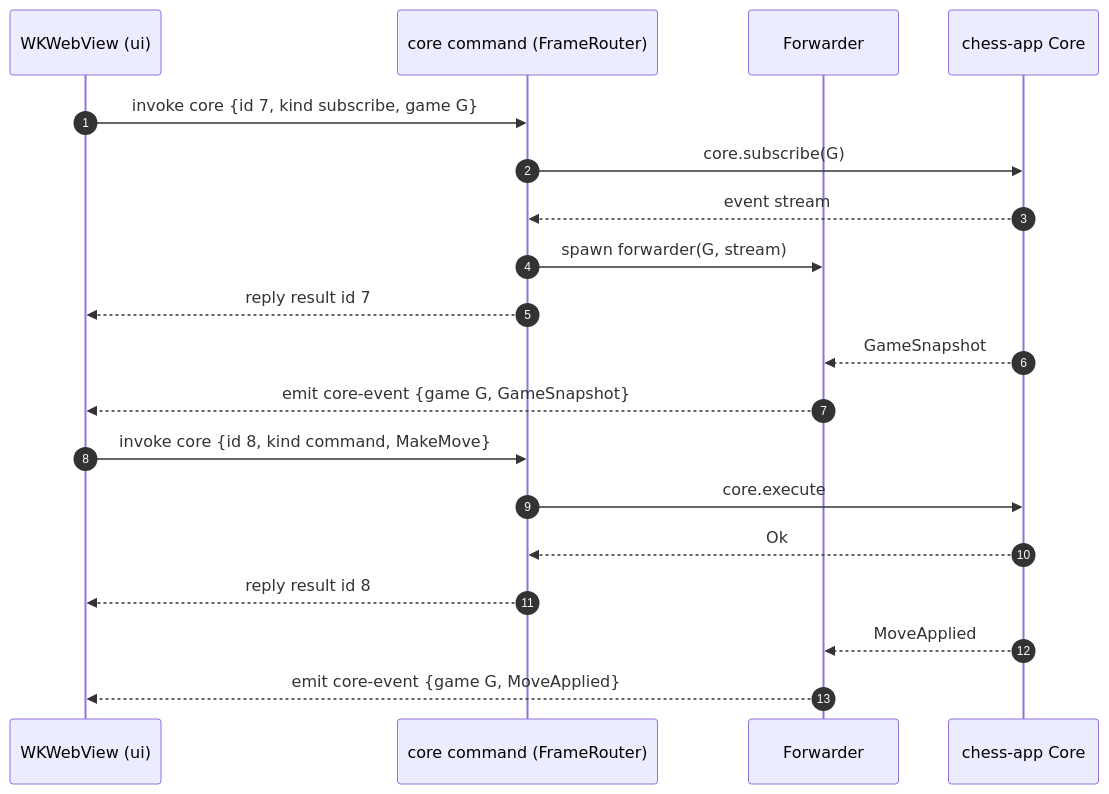
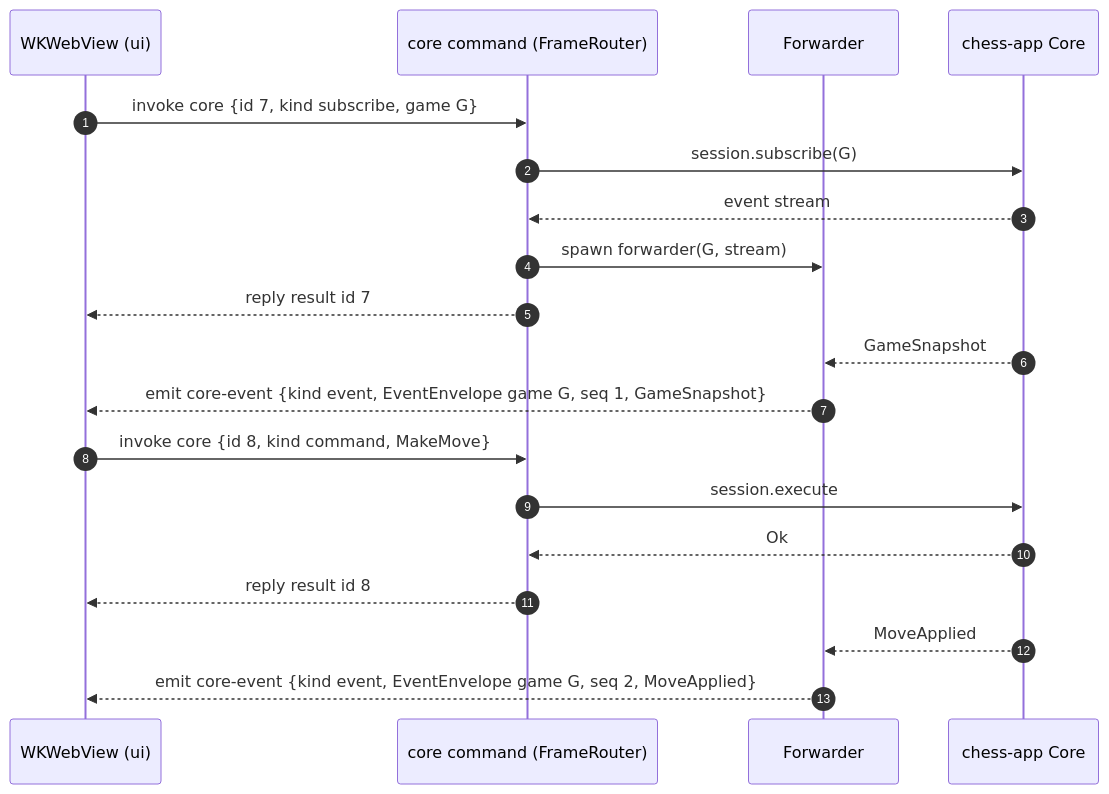
One commit to bprascher/chess changed the fourth of 6 diagrams in docs/design/SDD-desktop-tauri.md. Above: the diagram before and after it, drawn with Mermaid. The commit also changed other lines of this file and 17 other files, not shown here.

First line of the commit message:
Apply architecture addendum B and C to the SDDs and add the v0.4 consistency pass

````diff
--- a/docs/design/SDD-desktop-tauri.md
+++ b/docs/design/SDD-desktop-tauri.md
@@ -202,21 +205,21 @@
 ```mermaid
 sequenceDiagram
     autonumber
     participant W as WKWebView (ui)
     participant I as core command (FrameRouter)
     participant F as Forwarder
     participant K as chess-app Core
     W->>I: invoke core {id 7, kind subscribe, game G}
-    I->>K: core.subscribe(G)
+    I->>K: session.subscribe(G)
     K-->>I: event stream
     I->>F: spawn forwarder(G, stream)
     I-->>W: reply result id 7
     K-->>F: GameSnapshot
-    F-->>W: emit core-event {game G, GameSnapshot}
+    F-->>W: emit core-event {kind event, EventEnvelope game G, seq 1, GameSnapshot}
     W->>I: invoke core {id 8, kind command, MakeMove}
-    I->>K: core.execute
+    I->>K: session.execute
     K-->>I: Ok
     I-->>W: reply result id 8
     K-->>F: MoveApplied
-    F-->>W: emit core-event {game G, MoveApplied}
+    F-->>W: emit core-event {kind event, EventEnvelope game G, seq 2, MoveApplied}
 ```
````
